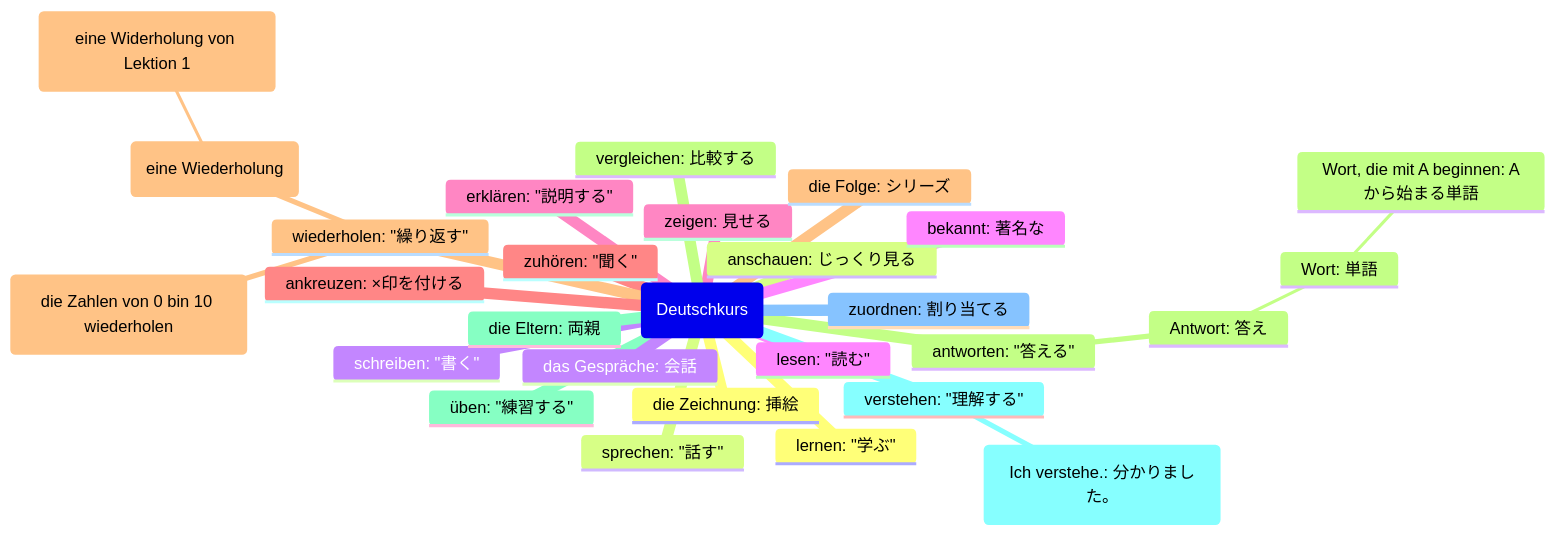
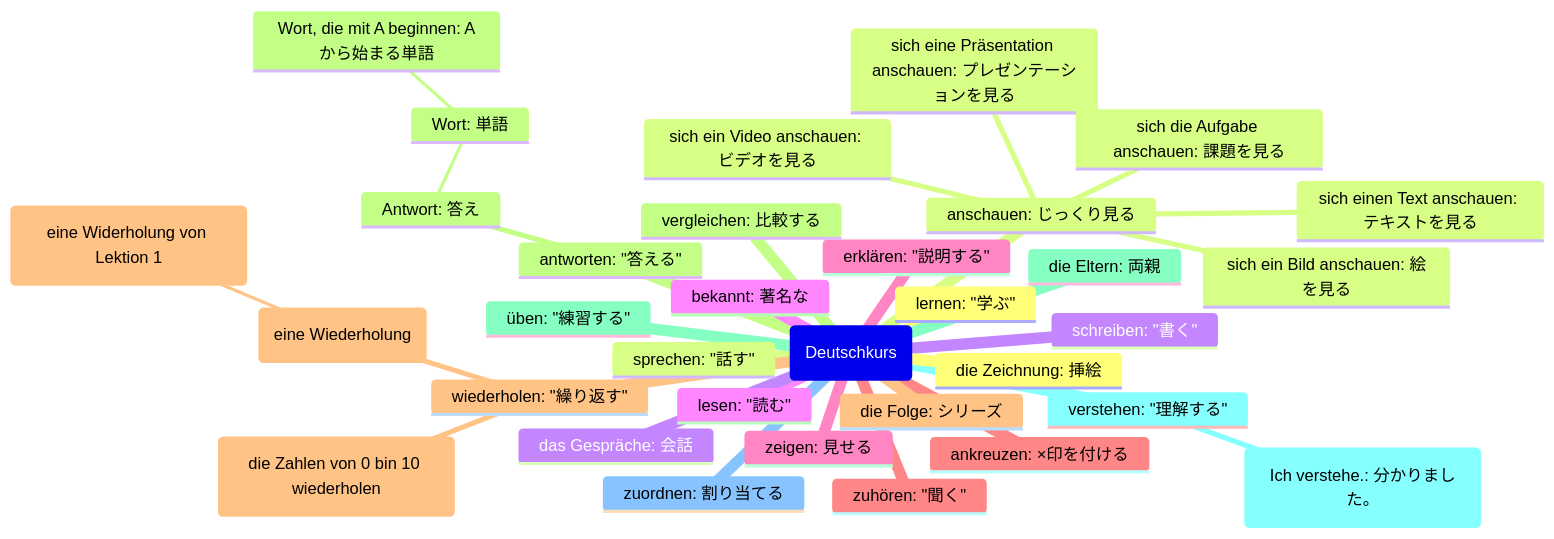
Before and after one commit to hyonsoku/mindmap: the diagram in Dutesch/Verb/Dutschkurs.md, drawn with Mermaid.

Commit message:
Update anschauen

````diff
--- a/Dutesch/Verb/Dutschkurs.md
+++ b/Dutesch/Verb/Dutschkurs.md
@@ -3,31 +3,36 @@
 ```mermaid
 mindmap
   root(Deutschkurs)
     lernen: "学ぶ"
     sprechen: "話す"
     schreiben: "書く"
     lesen: "読む"
     erklären: "説明する"
     zuhören: "聞く"
     wiederholen: "繰り返す"
         (die Zahlen von 0 bin 10 wiederholen)
         (eine Wiederholung)
             (eine Widerholung von Lektion 1)
     antworten: "答える"
         Antwort: 答え
             Wort: 単語
                 Wort, die mit A beginnen: Aから始まる単語
     üben: "練習する"
     verstehen: "理解する"
         (Ich verstehe.: 分かりました。)
     zuordnen: 割り当てる
     die Zeichnung: 挿絵
     anschauen: じっくり見る
+        sich eine Präsentation anschauen: プレゼンテーションを見る
+        sich einen Text anschauen: テキストを見る
+        sich die Aufgabe anschauen: 課題を見る
+        sich ein Video anschauen: ビデオを見る
+        sich ein Bild anschauen: 絵を見る
     das Gespräche: 会話
     bekannt: 著名な
     zeigen: 見せる
     ankreuzen: ×印を付ける
     die Folge: シリーズ
     vergleichen: 比較する
     die Eltern: 両親
 ```
````
